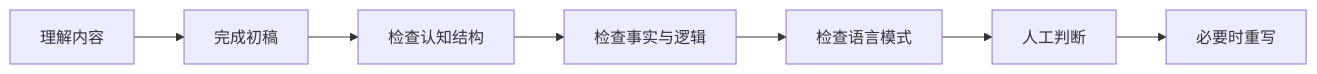
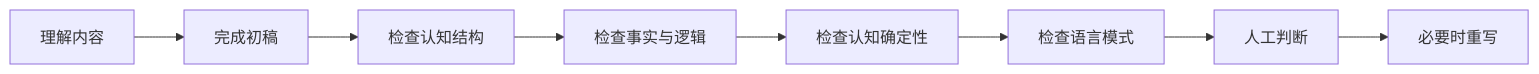
Before and after one commit to leapx-ai/Cognitive-Writing-Baseline-for-AI-Assisted-Writing: the third of 3 diagrams in README.md, drawn with Mermaid. The commit also changed other lines of this file, not shown here.

````diff
--- a/README.md
+++ b/README.md
@@ -866,9 +756,10 @@
 ```mermaid
 flowchart LR
     A["理解内容"] --> B["完成初稿"]
     B --> C["检查认知结构"]
     C --> D["检查事实与逻辑"]
-    D --> E["检查语言模式"]
-    E --> F["人工判断"]
-    F --> G["必要时重写"]
+    D --> E["检查认知确定性"]
+    E --> F["检查语言模式"]
+    F --> G["人工判断"]
+    G --> H["必要时重写"]
 ```
````
